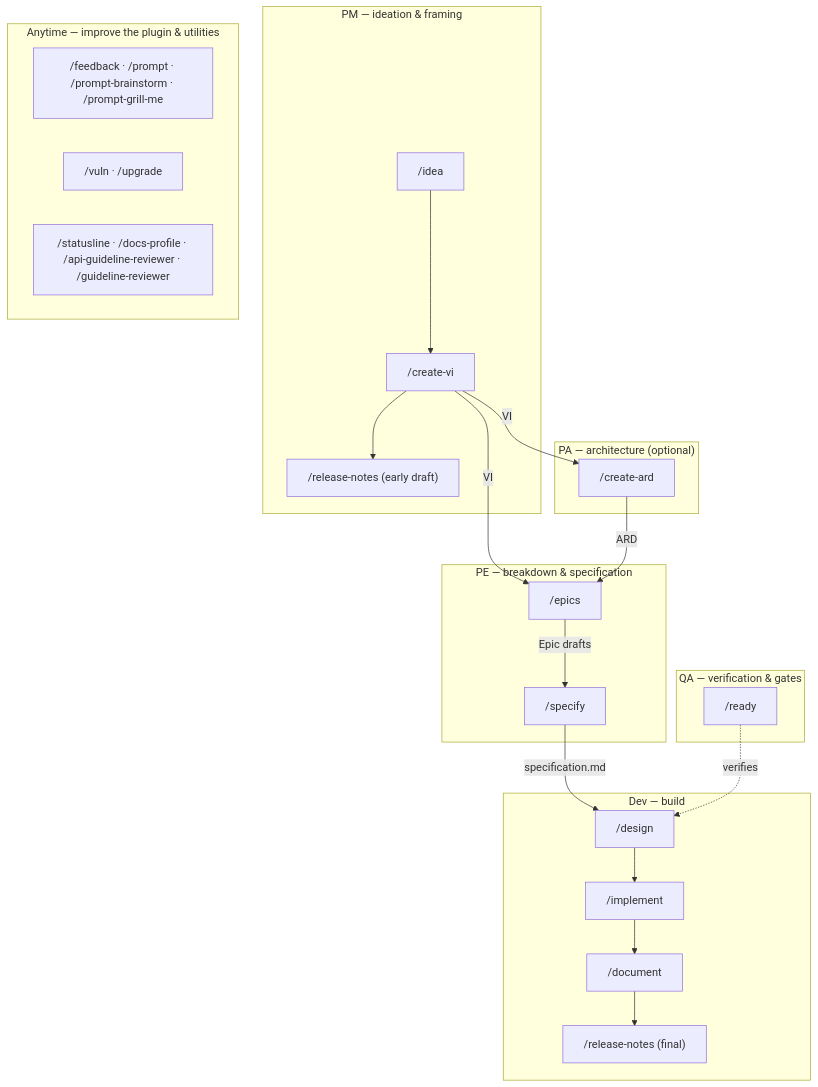
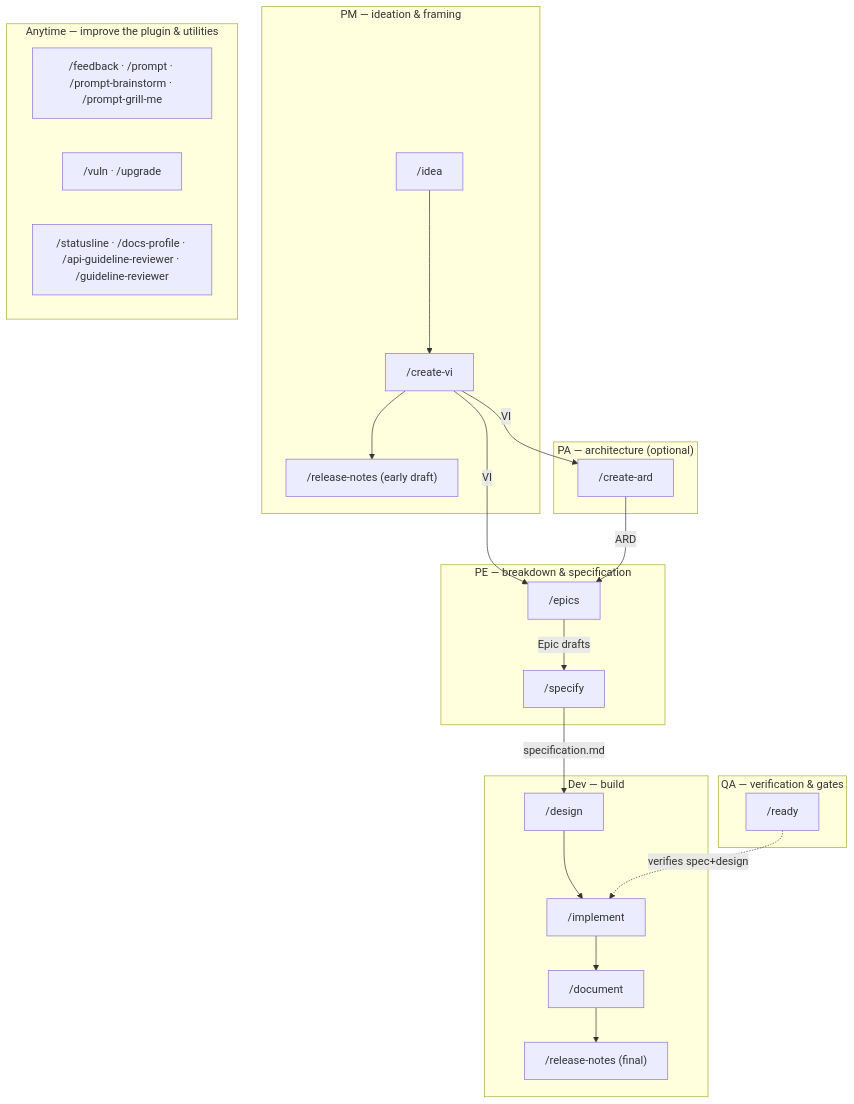
Before and after one commit to ihudak/ihudak-claude-plugins: the first of 2 diagrams in plugins/dev-workflows/README.md, drawn with Mermaid. The commit also changed 2 other files, not shown here.

Commit message:
fix(dev-workflows): whole-branch review fixes for v2.27.0 /specify relabel
commands/design.md still called /specify a PM command and framed the
pipeline as "PM→Dev"; relabel to PE and to the PM→PA→PE→Dev pipeline so
the CHANGELOG's "everywhere" claim holds. Also sharpen the README
workflow-overview mermaid edge so /ready is shown verifying spec+design
and gating the transition into /implement, not just /design.

````diff
--- a/plugins/dev-workflows/README.md
+++ b/plugins/dev-workflows/README.md
@@ -39,34 +39,34 @@
 ```mermaid
 flowchart TD
     subgraph PM["PM — ideation & framing"]
         idea["/idea"] --> createvi["/create-vi"]
         createvi --> rnpm["/release-notes (early draft)"]
     end
     subgraph PA["PA — architecture (optional)"]
         createard["/create-ard"]
     end
     subgraph PE["PE — breakdown & specification"]
         epics["/epics"]
         specify["/specify"]
     end
     subgraph DEV["Dev — build"]
         design["/design"] --> implement["/implement"]
         implement --> document["/document"]
         document --> rndev["/release-notes (final)"]
     end
     subgraph QA["QA — verification & gates"]
         ready["/ready"]
     end
     subgraph ANY["Anytime — improve the plugin & utilities"]
         improve["/feedback · /prompt · /prompt-brainstorm · /prompt-grill-me"]
         maint["/vuln · /upgrade"]
         tooling["/statusline · /docs-profile · /api-guideline-reviewer · /guideline-reviewer"]
     end
 
     createvi -->|VI| createard
     createvi -->|VI| epics
     createard -->|ARD| epics
     epics -->|Epic drafts| specify
     specify -->|specification.md| design
-    ready -. verifies .-> design
+    ready -. verifies spec+design .-> implement
 ```
````
